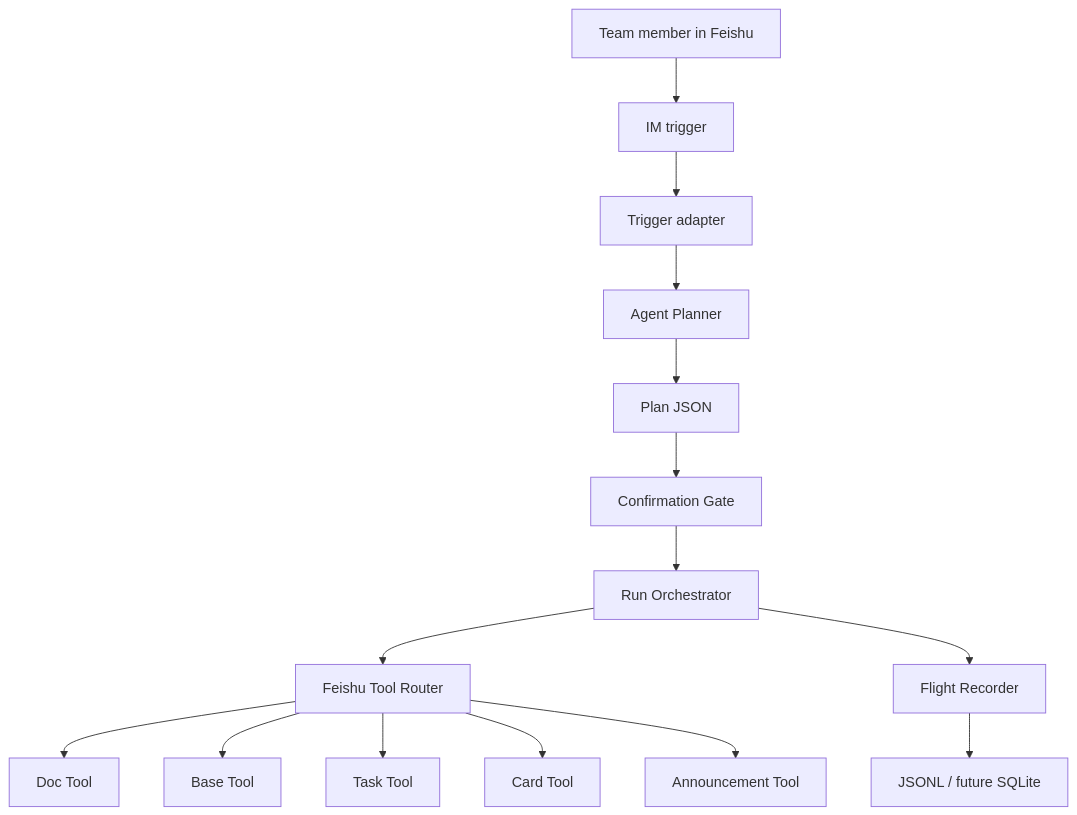
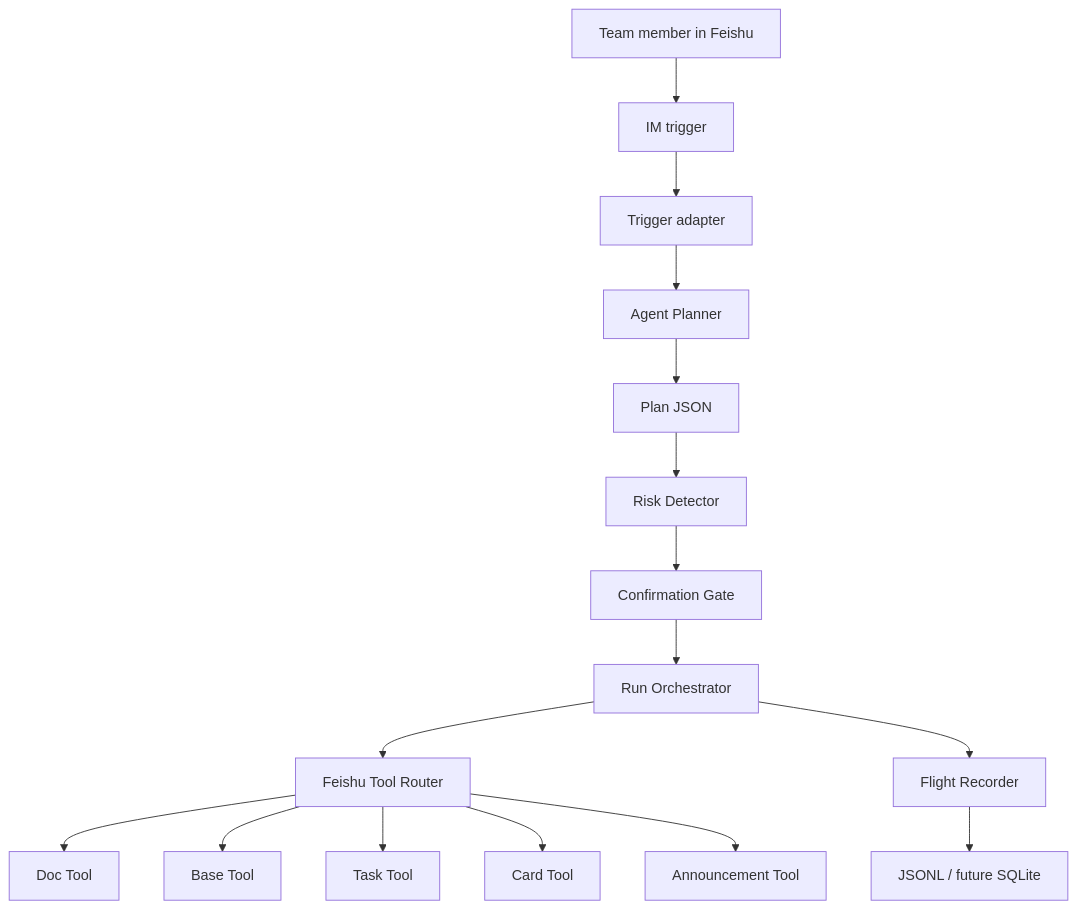
The first of 4 diagrams in docs/ARCHITECTURE.md (DeliciousBuding/pilot-flow), drawn with Mermaid before and after one commit. The commit also changed other lines of this file and 16 other files, not shown here.

````diff
--- a/docs/ARCHITECTURE.md
+++ b/docs/ARCHITECTURE.md
@@ -13,17 +13,18 @@
 ```mermaid
 flowchart TB
     User["Team member in Feishu"] --> IM["IM trigger"]
     IM --> Trigger["Trigger adapter"]
     Trigger --> Planner["Agent Planner"]
     Planner --> Plan["Plan JSON"]
-    Plan --> Gate["Confirmation Gate"]
+    Plan --> Risk["Risk Detector"]
+    Risk --> Gate["Confirmation Gate"]
     Gate --> Orchestrator["Run Orchestrator"]
     Orchestrator --> Router["Feishu Tool Router"]
     Router --> Doc["Doc Tool"]
     Router --> Base["Base Tool"]
     Router --> Task["Task Tool"]
     Router --> Card["Card Tool"]
     Router --> Ann["Announcement Tool"]
     Orchestrator --> Recorder["Flight Recorder"]
     Recorder --> Log["JSONL / future SQLite"]
 ```
````
